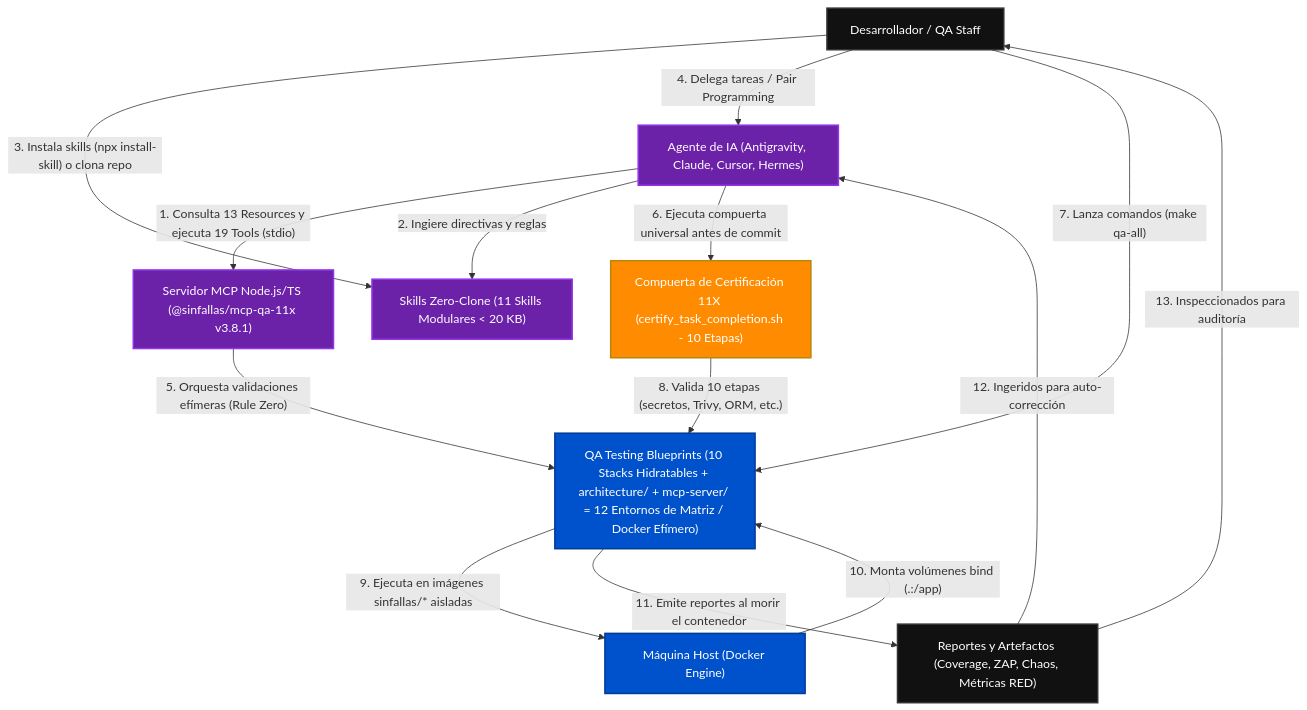
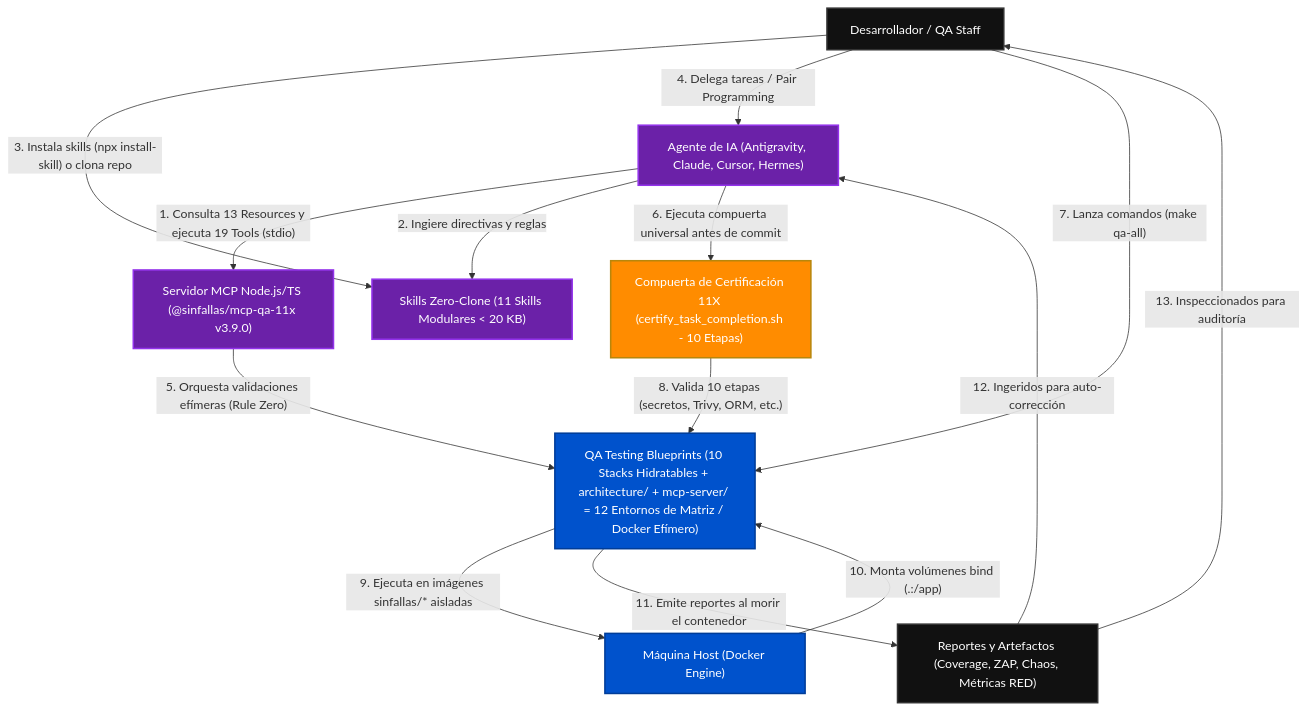
The first of 3 diagrams in docs/ARCHITECTURE_C4.es.md (tecno-consultores/qa-testing-blueprints), drawn with Mermaid before and after one commit. The commit also changed other lines of this file and 104 other files, not shown here.

````diff
--- a/docs/ARCHITECTURE_C4.es.md
+++ b/docs/ARCHITECTURE_C4.es.md
@@ -12,33 +12,33 @@
 ```mermaid
 flowchart TD
     Human["Desarrollador / QA Staff"]
     Agent["Agente de IA (Antigravity, Claude, Cursor, Hermes)"]
-    MCP["Servidor MCP Node.js/TS (@sinfallas/mcp-qa-11x v3.8.1)"]
+    MCP["Servidor MCP Node.js/TS (@sinfallas/mcp-qa-11x v3.9.0)"]
     Skill["Skills Zero-Clone (11 Skills Modulares < 20 KB)"]
     Gate["Compuerta de Certificación 11X (certify_task_completion.sh - 10 Etapas)"]
     QA["QA Testing Blueprints (10 Stacks Hidratables + architecture/ + mcp-server/ = 12 Entornos de Matriz / Docker Efímero)"]
     Host["Máquina Host (Docker Engine)"]
     Reports["Reportes y Artefactos (Coverage, ZAP, Chaos, Métricas RED)"]
 
     Agent -->|"1. Consulta 13 Resources y ejecuta 19 Tools (stdio)"| MCP
     Agent -->|"2. Ingiere directivas y reglas"| Skill
     Human -->|"3. Instala skills (npx install-skill) o clona repo"| Skill
     Human -->|"4. Delega tareas / Pair Programming"| Agent
     MCP -->|"5. Orquesta validaciones efímeras (Rule Zero)"| QA
     Agent -->|"6. Ejecuta compuerta universal antes de commit"| Gate
     Human -->|"7. Lanza comandos (make qa-all)"| QA
     Gate -->|"8. Valida 10 etapas (secretos, Trivy, ORM, etc.)"| QA
     QA -->|"9. Ejecuta en imágenes sinfallas/* aisladas"| Host
     Host -->|"10. Monta volúmenes bind (.:/app)"| QA
     QA -->|"11. Emite reportes al morir el contenedor"| Reports
     Reports -->|"12. Ingeridos para auto-corrección"| Agent
     Reports -->|"13. Inspeccionados para auditoría"| Human
 
     classDef default fill:#111,stroke:#333,stroke-width:2px,color:#fff;
     classDef highlight fill:#0052cc,stroke:#003d99,stroke-width:2px,color:#fff;
     classDef barrier fill:#ff8c00,stroke:#b8860b,stroke-width:2px,color:#fff;
     classDef ai fill:#6b21a8,stroke:#9333ea,stroke-width:2px,color:#fff;
     class QA,Host highlight;
     class Gate barrier;
     class Agent,MCP,Skill ai;
 ```
````
